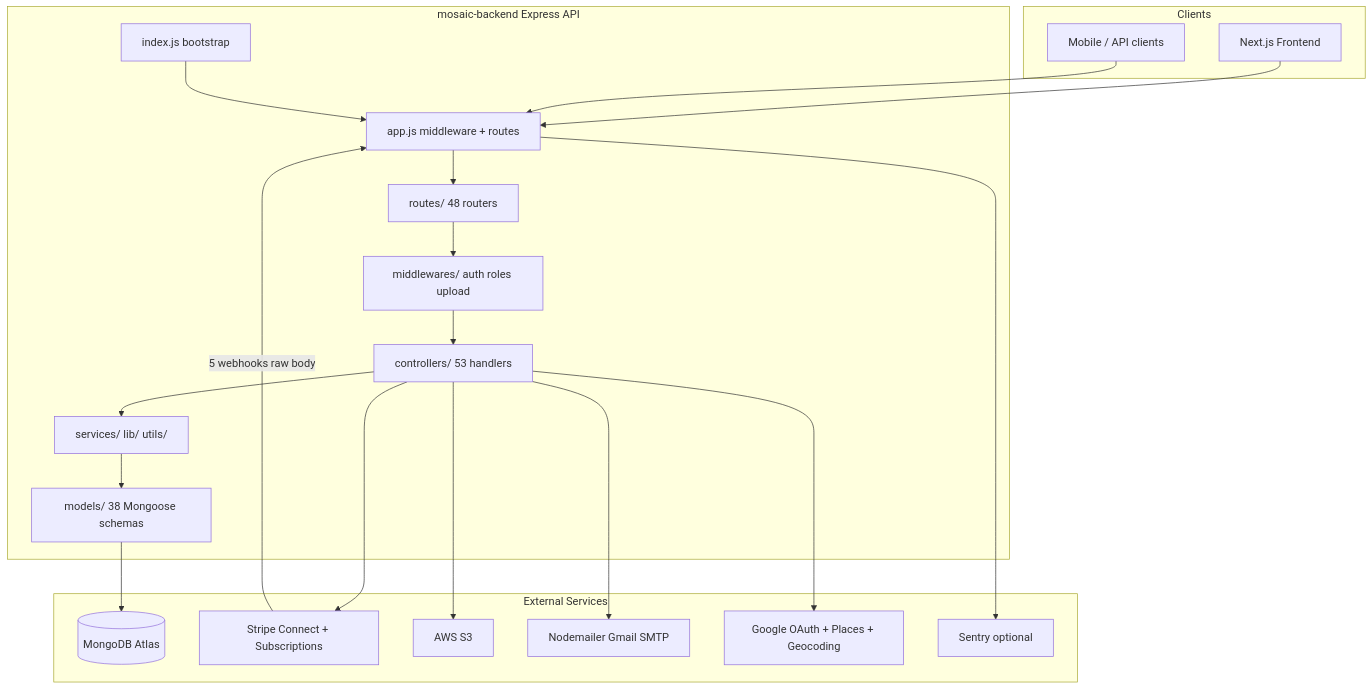
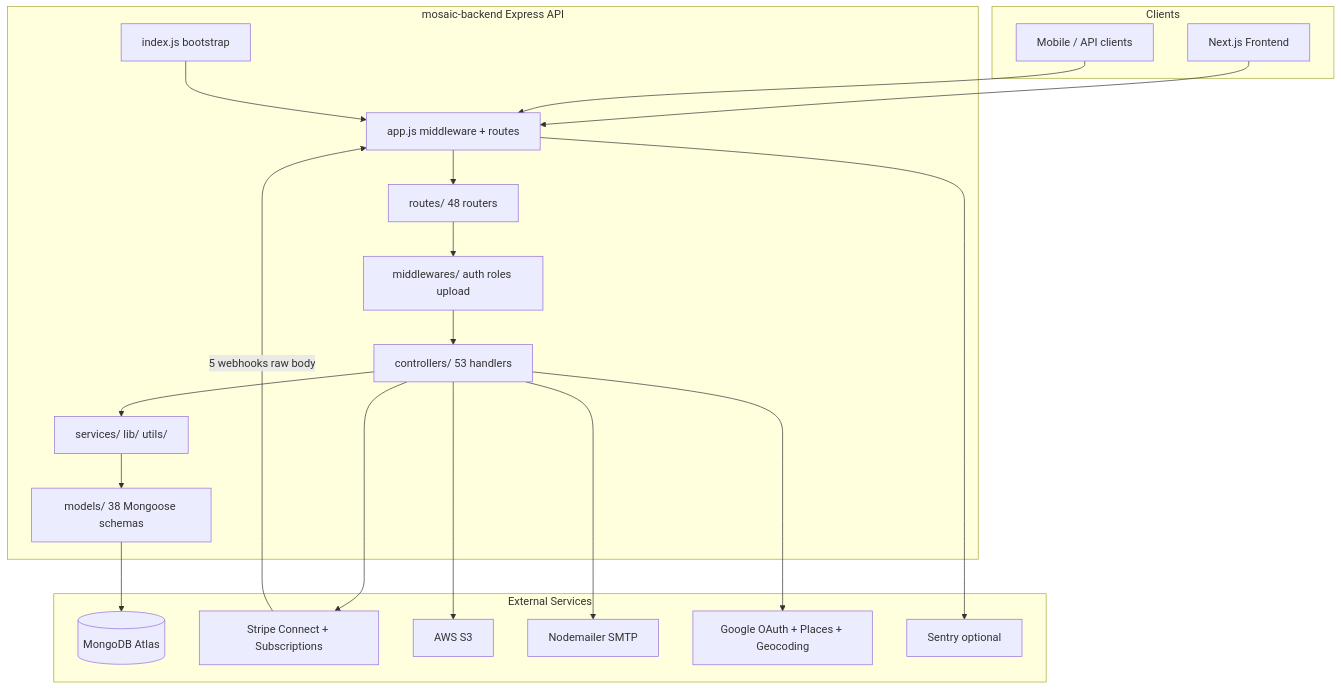
Before and after one commit to Techware-Hut/mosaic-backend: the first of 3 diagrams in docs/BACKEND_LLM_INSTRUCTIONS.md, drawn with Mermaid. The commit also changed other lines of this file and 20 other files, not shown here.

````diff
--- a/docs/BACKEND_LLM_INSTRUCTIONS.md
+++ b/docs/BACKEND_LLM_INSTRUCTIONS.md
@@ -32,37 +32,37 @@
 ```mermaid
 flowchart TB
   subgraph client [Clients]
     WebApp[Next.js Frontend]
     Mobile[Mobile / API clients]
   end
 
   subgraph backend [mosaic-backend Express API]
     Index[index.js bootstrap]
     App[app.js middleware + routes]
     Routes[routes/ 48 routers]
     MW[middlewares/ auth roles upload]
     Ctrl[controllers/ 53 handlers]
     Svc[services/ lib/ utils/]
     Models[models/ 38 Mongoose schemas]
   end
 
   subgraph external [External Services]
     MongoDB[(MongoDB Atlas)]
     Stripe[Stripe Connect + Subscriptions]
     S3[AWS S3]
-    SMTP[Nodemailer Gmail SMTP]
+    SMTP[Nodemailer SMTP]
     Google[Google OAuth + Places + Geocoding]
     Sentry[Sentry optional]
   end
 
   WebApp --> App
   Mobile --> App
   Index --> App
   App --> Routes --> MW --> Ctrl --> Svc --> Models --> MongoDB
   Ctrl --> Stripe
   Ctrl --> S3
   Ctrl --> SMTP
   Ctrl --> Google
   App --> Sentry
   Stripe -->|5 webhooks raw body| App
 ```
````
